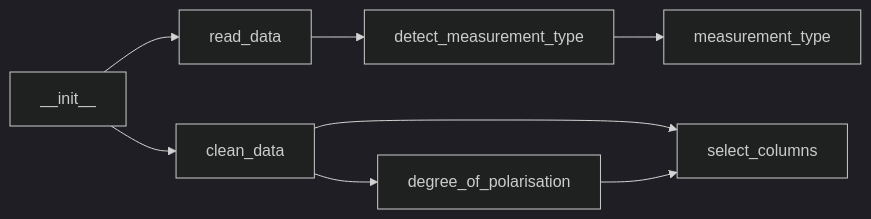
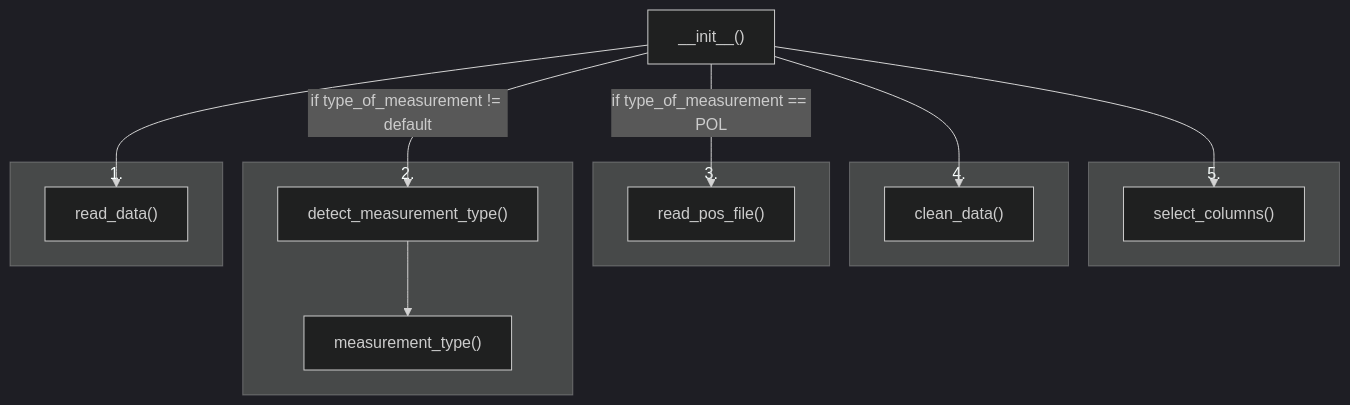
The first of 2 diagrams in Measurement.md (nicoeinsidler/pigor), drawn with Mermaid (dark theme) before and after one commit. The commit also changed other lines of this file, not shown here.

Commit message:
documented new start flow of measurement class

````diff
--- a/Measurement.md
+++ b/Measurement.md
@@ -24,10 +27,23 @@
 ```mermaid
-graph LR;
-    __init__ --> read_data
-    __init__ --> clean_data
-    read_data --> detect_measurement_type
-    detect_measurement_type --> measurement_type
-    clean_data --> degree_of_polarisation
-    clean_data --> select_columns
-    degree_of_polarisation --> select_columns
+graph TB
+    init["__init__()"] --> read_data["read_data()"]
+    init -- "if type_of_measurement != default"  --> detect_measurement_type["detect_measurement_type()"]
+    init -- "if type_of_measurement == POL"  --> read_pos_file["read_pos_file()"]
+    init --> clean_data["clean_data()"]
+    init --> select_columns["select_columns()"]
+    subgraph 5.
+      select_columns
+    end
+    subgraph 4.
+      clean_data
+    end
+    subgraph 3.
+      read_pos_file
+    end
+    subgraph 2.
+      detect_measurement_type --> measurement_type["measurement_type()"]
+    end
+    subgraph 1.
+      read_data
+    end
 ```
````
